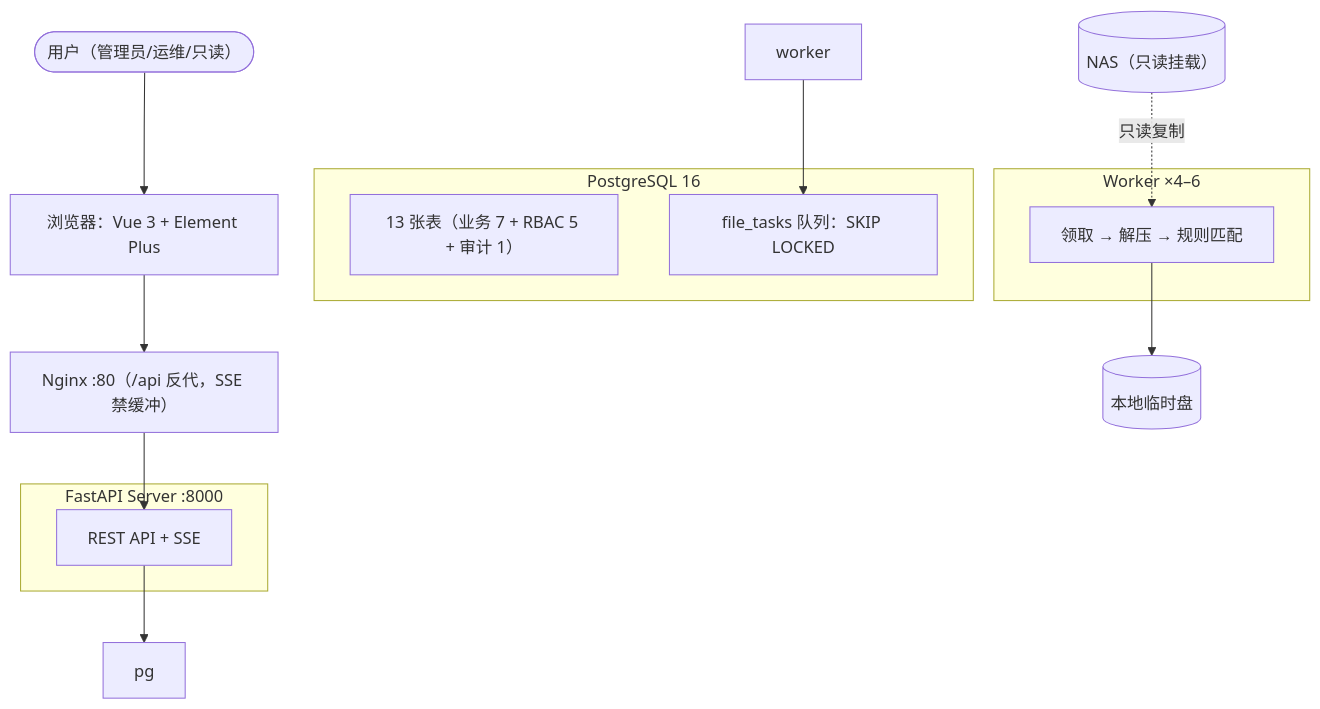
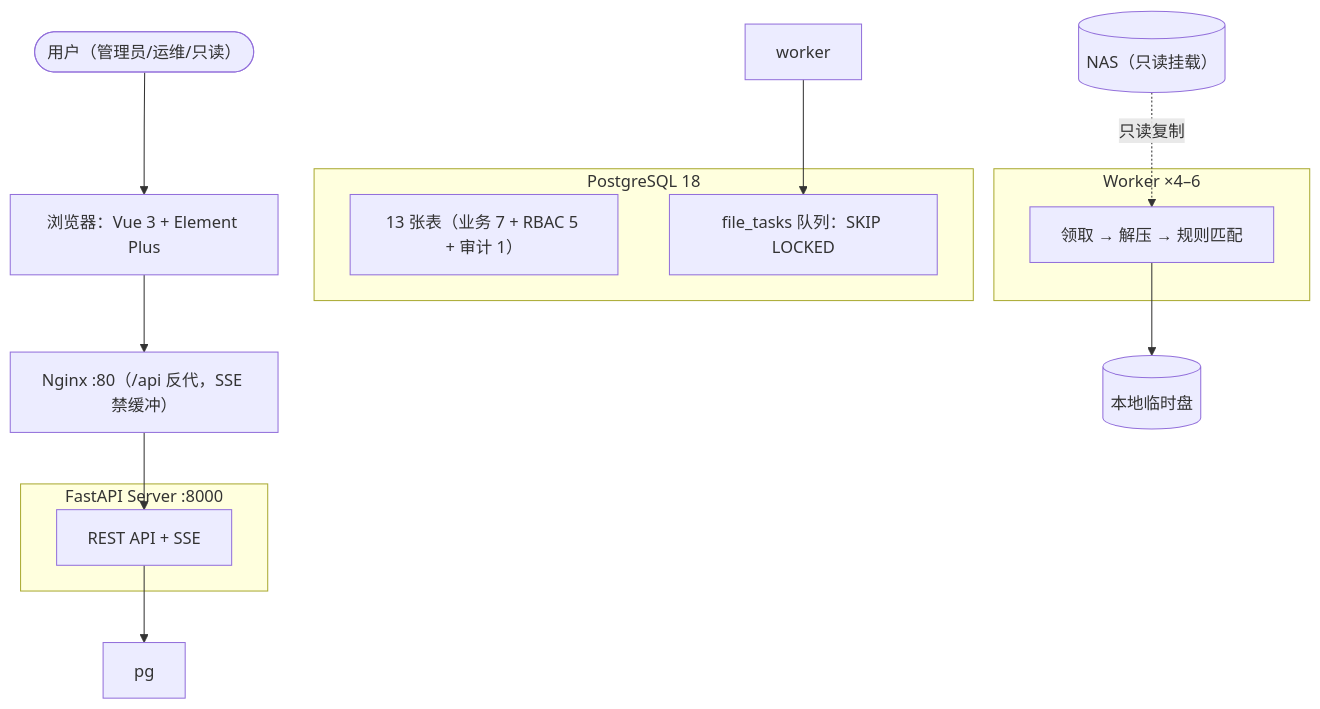
Before and after one commit to taoweidong/logharvest: the diagram in README.md, drawn with Mermaid. The commit also changed other lines of this file and 11 other files, not shown here.

First line of the commit message:
feat(db): 数据库分层固定——生产/e2e 全面升到 PostgreSQL 18，本地保留 SQLite，PG 连接池加固

````diff
--- a/README.md
+++ b/README.md
@@ -32,25 +32,25 @@
 ```mermaid
 flowchart TB
     user(["用户（管理员/运维/只读）"])
     web["浏览器：Vue 3 + Element Plus"]
     nginx["Nginx :80（/api 反代，SSE 禁缓冲）"]
     subgraph SRV["FastAPI Server :8000"]
       api["REST API + SSE"]
     end
-    subgraph PG["PostgreSQL 16"]
+    subgraph PG["PostgreSQL 18"]
       tables["13 张表（业务 7 + RBAC 5 + 审计 1）"]
       queue["file_tasks 队列：SKIP LOCKED"]
     end
     nas[("NAS（只读挂载）")]
     subgraph WK["Worker ×4–6"]
       w["领取 → 解压 → 规则匹配"]
     end
 
     user --> web
     web --> nginx
     nginx --> api
     api --> pg
     worker --> queue
     nas -.只读复制.-> w
     w --> tmp[("本地临时盘")]
 ```
````
